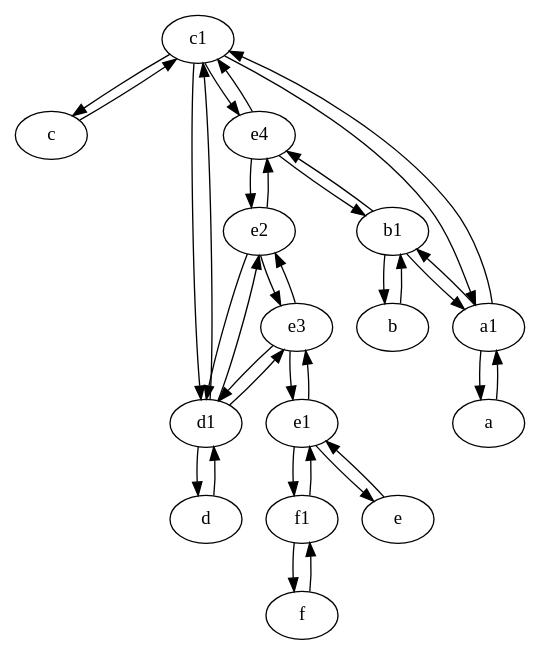
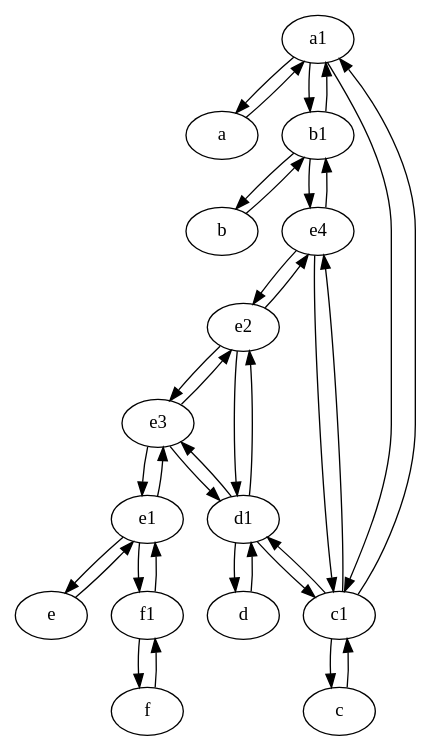
One commit to anisabnis/graph_inference changed the diagram in results_deter/6et1/topologyorig.dot. Above: the diagram before and after it, drawn with Graphviz. The commit also changed other lines of this file and 11275 other files, not shown here.

```diff
--- a/results_deter/6et1/topologyorig.dot
+++ b/results_deter/6et1/topologyorig.dot
@@ -1,52 +1,52 @@
 digraph  {
-	c1 [pos="30,15!"];
+	a1 [pos="40,15!"];
+	b [pos="50,20!"];
+	e [pos="30,50!"];
+	f [pos="15,45!"];
 	e1 [pos="25,45!"];
-	f [pos="15,45!"];
+	d [pos="20,30!"];
+	a [pos="40,10!"];
 	e2;
 	e3;
+	d1 [pos="25,30!"];
+	c [pos="20,10!"];
 	b1 [pos="45,20!"];
-	c [pos="20,10!"];
-	a [pos="40,10!"];
-	d [pos="20,30!"];
-	e [pos="30,50!"];
-	b [pos="50,20!"];
+	c1 [pos="30,15!"];
+	f1;
 	e4;
-	d1 [pos="25,30!"];
-	a1 [pos="40,15!"];
-	f1;
-	c1 -> a1;
-	c1 -> c;
-	d1 -> e3;
+	f1 -> e1;
+	a1 -> c1;
+	e1 -> f1;
+	d1 -> c1;
 	b -> b1;
-	e4 -> b1;
+	a1 -> a;
 	e3 -> d1;
-	f1 -> e1;
-	a1 -> b1;
-	d -> d1;
-	c1 -> d1;
+	e -> e1;
 	c -> c1;
-	e1 -> e;
-	b1 -> a1;
-	a1 -> a;
-	b1 -> b;
-	b1 -> e4;
-	e4 -> e2;
 	c1 -> e4;
 	e3 -> e2;
+	b1 -> e4;
+	e2 -> e4;
+	e3 -> e1;
+	c1 -> c;
+	a -> a1;
+	e4 -> c1;
+	d -> d1;
+	b1 -> b;
+	f1 -> f;
+	d1 -> e3;
+	e1 -> e;
+	e4 -> e2;
+	e4 -> b1;
+	d1 -> d;
+	b1 -> a1;
+	e1 -> e3;
+	c1 -> a1;
+	d1 -> e2;
+	a1 -> b1;
 	e2 -> e3;
-	a -> a1;
-	e1 -> e3;
-	f1 -> f;
+	e2 -> d1;
 	f -> f1;
-	e2 -> e4;
-	e1 -> f1;
-	e4 -> c1;
-	d1 -> d;
-	e -> e1;
-	d1 -> e2;
-	e2 -> d1;
-	a1 -> c1;
-	e3 -> e1;
-	d1 -> c1;
+	c1 -> d1;
 
 	}
```
